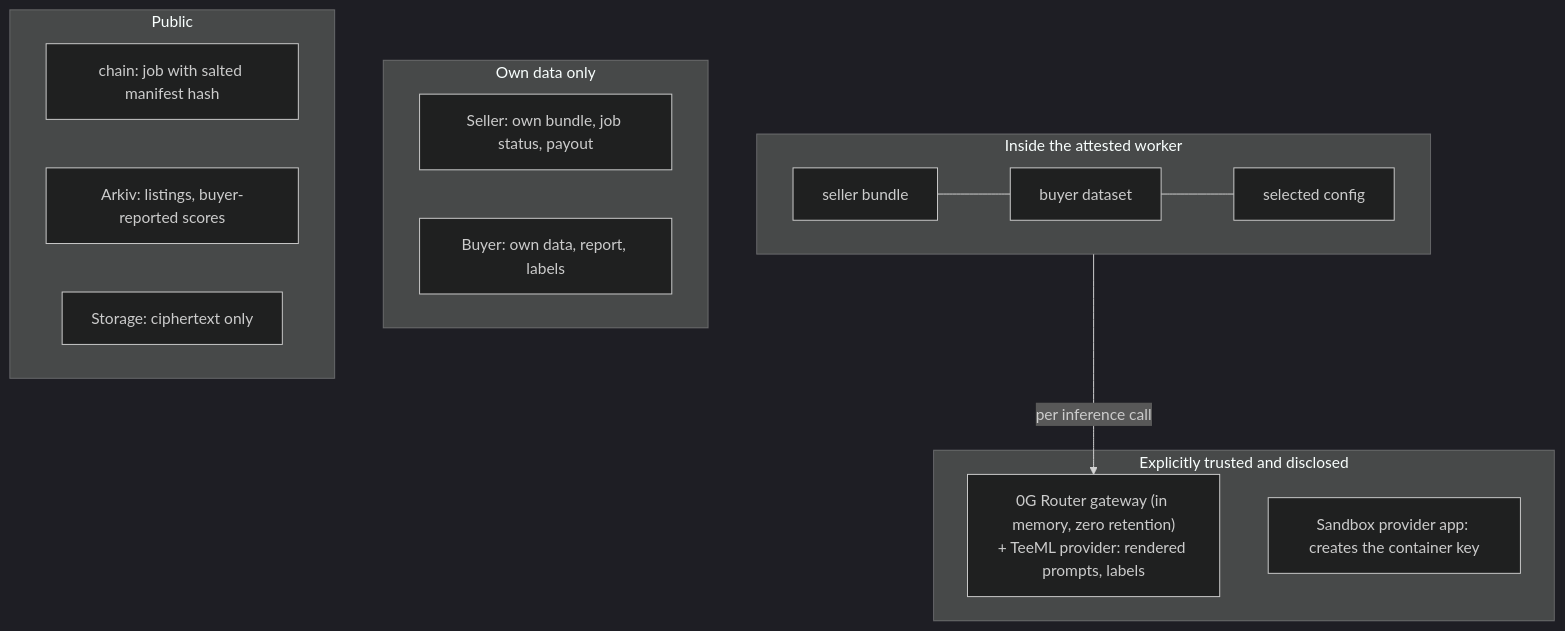
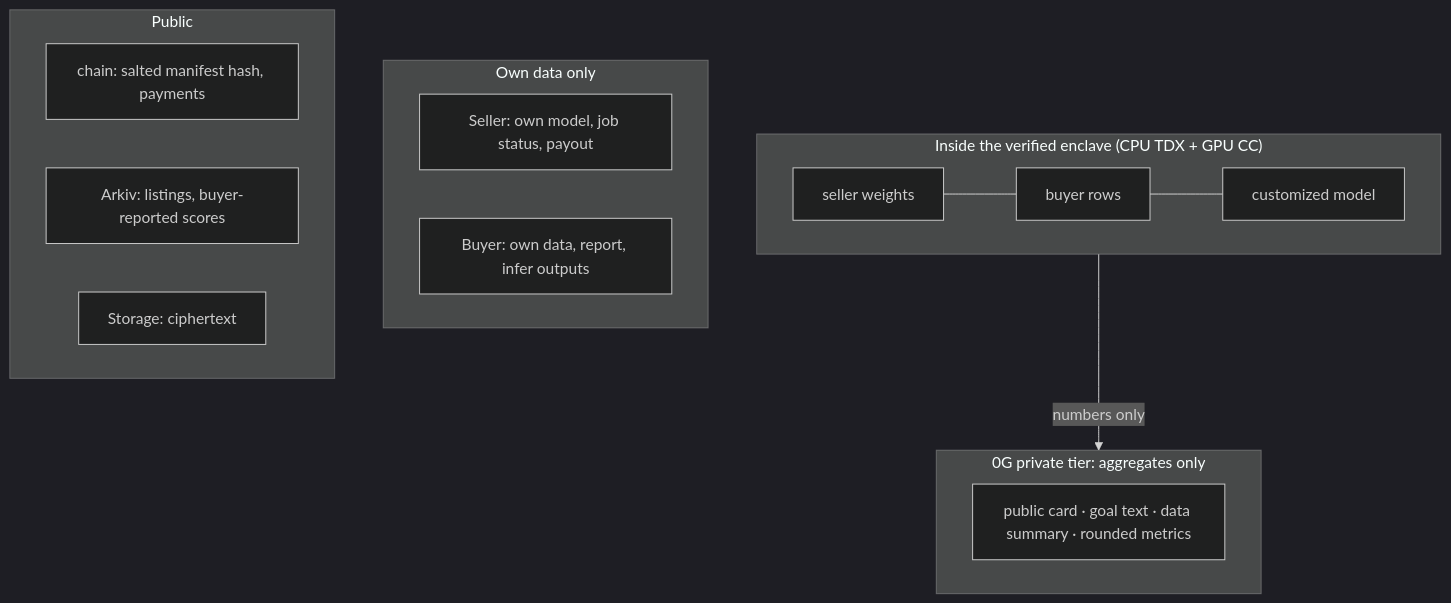
Diagram 12 of 16 in docs/ARCHITECTURE.md (Soni-Shivam/Pivot_HTE), drawn with Mermaid (dark theme) before and after one commit. The commit also changed other lines of this file and 7 other files, not shown here.

First line of the commit message:
Plan rev 3: real model trained in the enclave, no mock mode

````diff
--- a/docs/ARCHITECTURE.md
+++ b/docs/ARCHITECTURE.md
@@ -329,20 +325,19 @@
 ```mermaid
 flowchart TB
-    subgraph T1["Inside the attested worker"]
-        A1["seller bundle"] --- A2["buyer dataset"] --- A3["selected config"]
+    subgraph T1["Inside the verified enclave (CPU TDX + GPU CC)"]
+        A1["seller weights"] --- A2["buyer rows"] --- A3["customized model"]
     end
-    subgraph T2["Explicitly trusted and disclosed"]
-        B1["0G Router gateway (in memory, zero retention)<br/>+ TeeML provider: rendered prompts, labels"]
-        B2["Sandbox provider app: creates the container key"]
+    subgraph T2["0G private tier: aggregates only"]
+        B1["public card · goal text · data summary · rounded metrics"]
     end
     subgraph T3["Own data only"]
-        C1["Seller: own bundle, job status, payout"]
-        C2["Buyer: own data, report, labels"]
+        C1["Seller: own model, job status, payout"]
+        C2["Buyer: own data, report, infer outputs"]
     end
     subgraph T4["Public"]
-        D1["chain: job with salted manifest hash"]
+        D1["chain: salted manifest hash, payments"]
         D2["Arkiv: listings, buyer-reported scores"]
-        D3["Storage: ciphertext only"]
+        D3["Storage: ciphertext"]
     end
-    T1 -- "per inference call" --> B1
+    T1 -- "numbers only" --> T2
 ```
````
